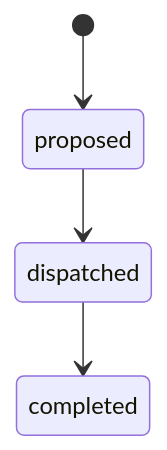
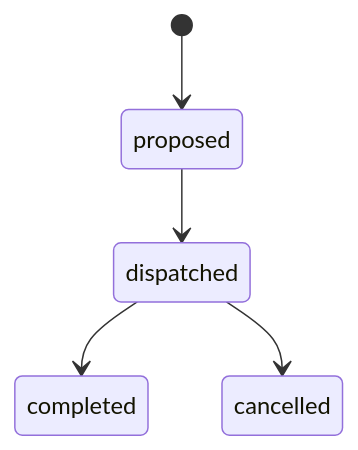
Before and after one commit to softeerbootcamp-8th/DE_team2-GangnamguUmBokDong: the second of 2 diagrams in docs/gold/target-erd.md, drawn with Mermaid. The commit also changed other lines of this file and 31 other files, not shown here.

````diff
--- a/docs/gold/target-erd.md
+++ b/docs/gold/target-erd.md
@@ -427,6 +427,7 @@
 ```mermaid
 stateDiagram-v2
     [*] --> proposed
     proposed --> dispatched
     dispatched --> completed
+    dispatched --> cancelled
 ```
````
